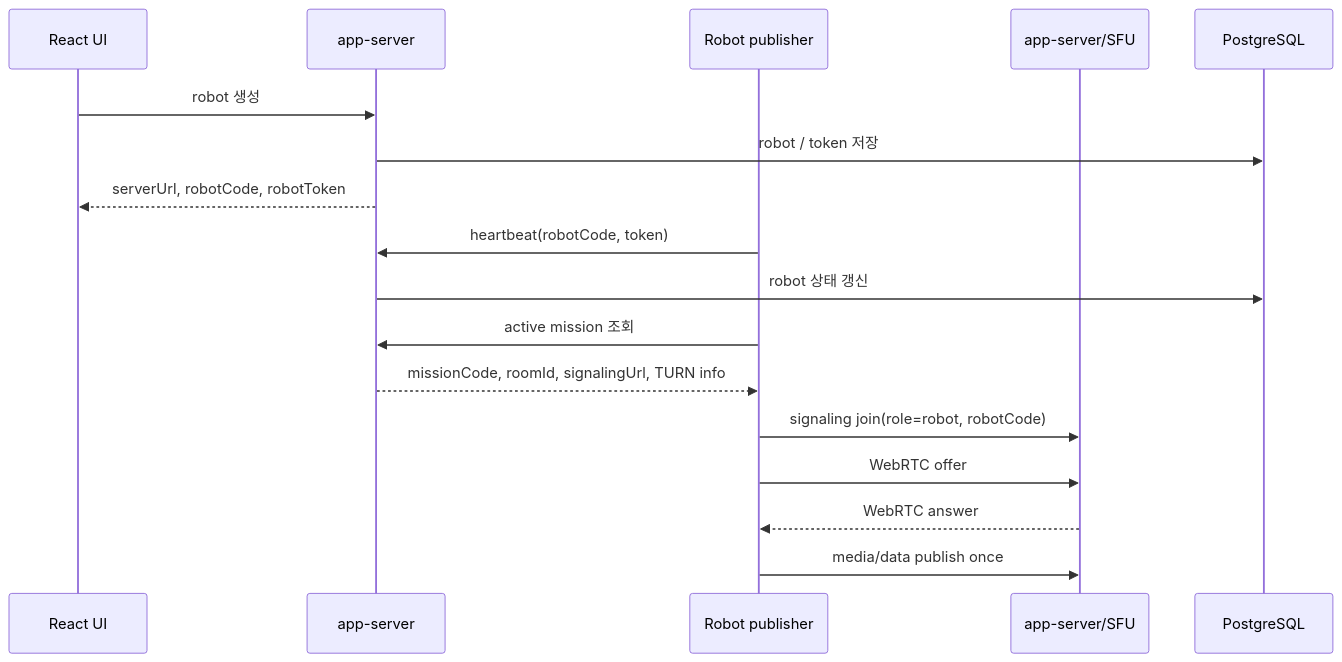
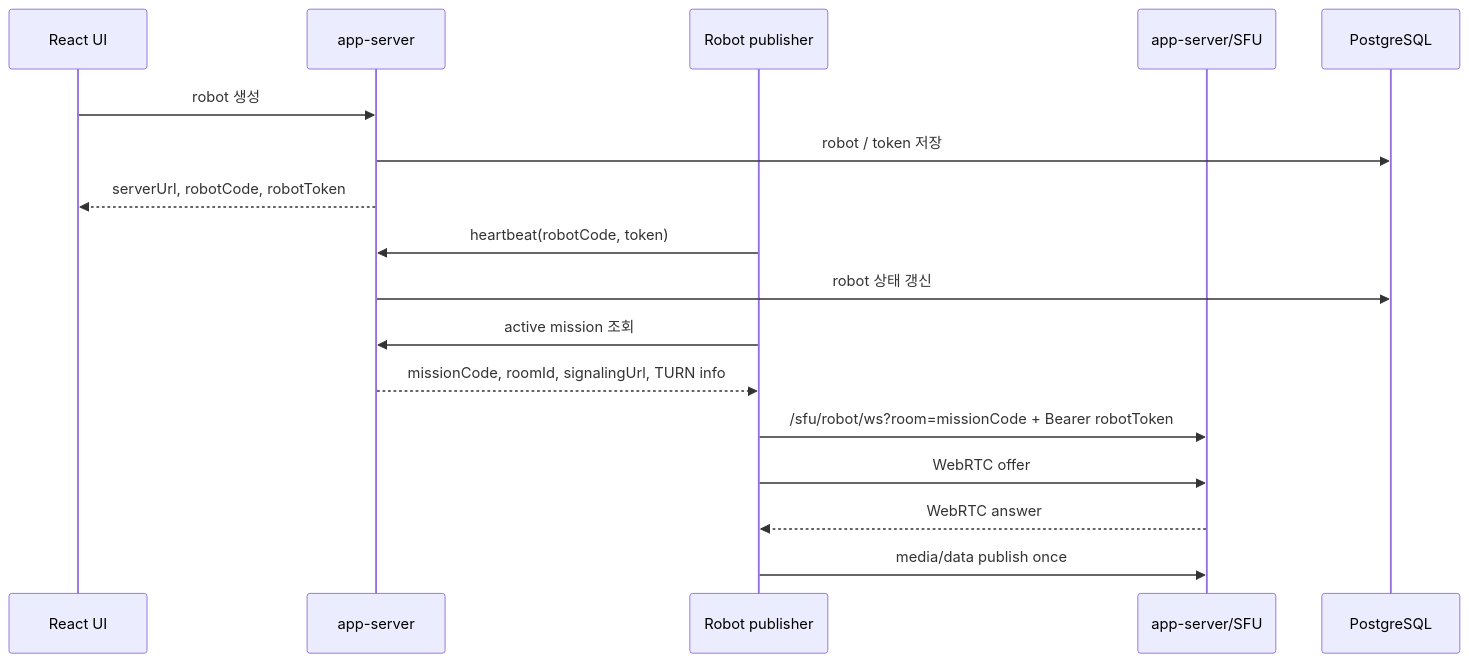
One commit to dhkimxx/robot-center changed the second of 5 diagrams in docs/stable/architecture.md. Above: the diagram before and after it, drawn with Mermaid. The commit also changed other lines of this file and 39 other files, not shown here.

````diff
--- a/docs/stable/architecture.md
+++ b/docs/stable/architecture.md
@@ -485,23 +489,23 @@
 ```mermaid
 sequenceDiagram
   participant UI as React UI
   participant App as app-server
   participant Robot as Robot publisher
   participant SFU as app-server/SFU
   participant DB as PostgreSQL
 
   UI->>App: robot 생성
   App->>DB: robot / token 저장
   App-->>UI: serverUrl, robotCode, robotToken
 
   Robot->>App: heartbeat(robotCode, token)
   App->>DB: robot 상태 갱신
 
   Robot->>App: active mission 조회
   App-->>Robot: missionCode, roomId, signalingUrl, TURN info
 
-  Robot->>SFU: signaling join(role=robot, robotCode)
+  Robot->>SFU: /sfu/robot/ws?room=missionCode + Bearer robotToken
   Robot->>SFU: WebRTC offer
   SFU-->>Robot: WebRTC answer
   Robot->>SFU: media/data publish once
 ```
````
